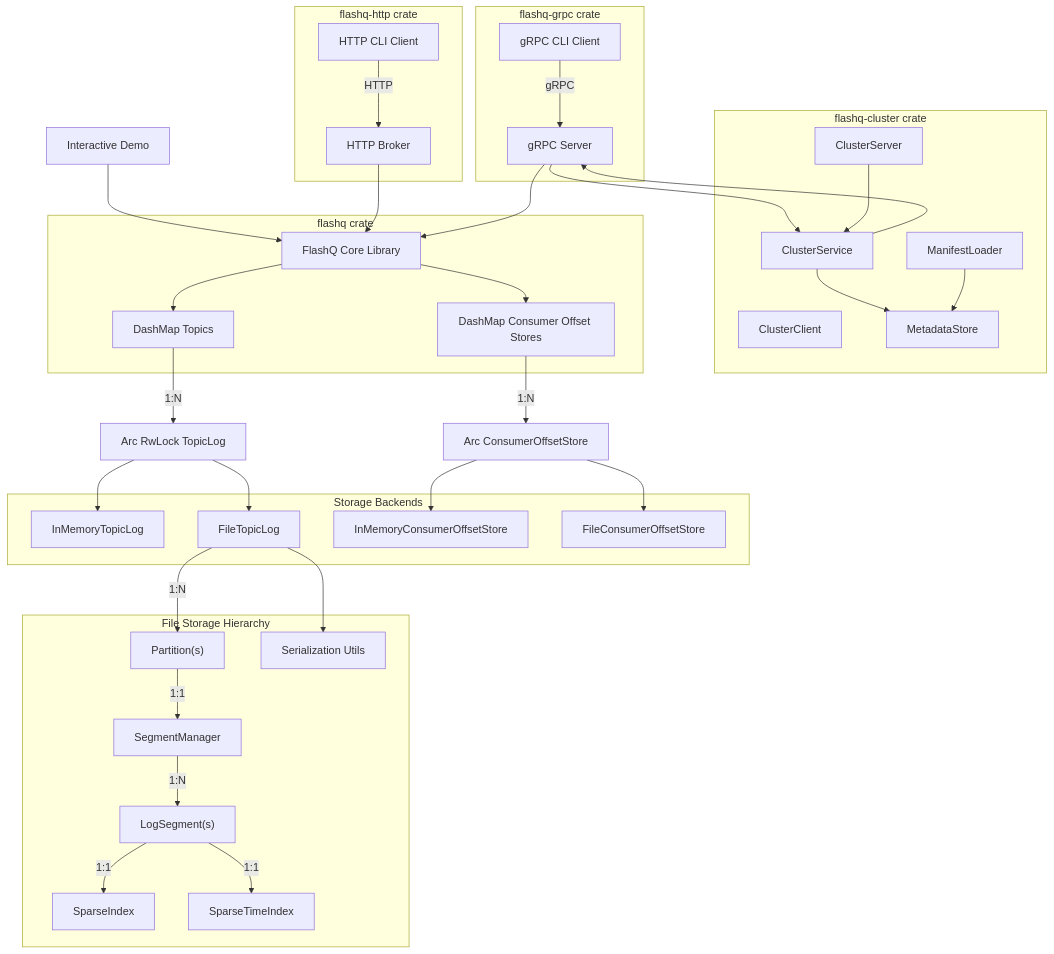
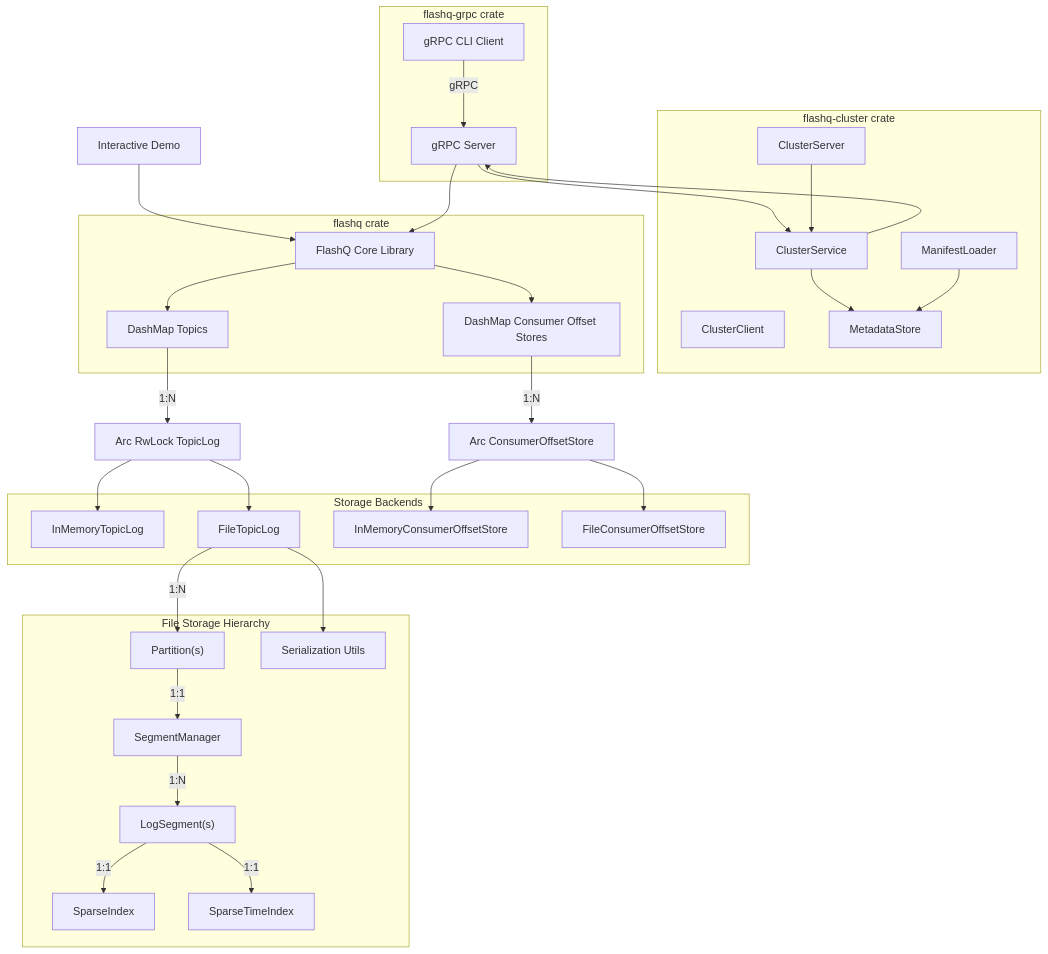
Before and after one commit to harshitmahapatra/flashq: the first of 2 diagrams in docs/architecture.md, drawn with Mermaid. The commit also changed other lines of this file and 39 other files, not shown here.

First line of the commit message:
Remove flashq-http crate and update documentation (#79)

````diff
--- a/docs/architecture.md
+++ b/docs/architecture.md
@@ -7,65 +7,58 @@
 ```mermaid
 graph TD
-    A[HTTP CLI Client] -->|HTTP| B[HTTP Broker]
     A2[gRPC CLI Client] -->|gRPC| B2[gRPC Server]
     C[Interactive Demo] --> D[FlashQ Core Library]
-    B --> D
     B2 --> D
     B2 --> CS[ClusterService]
-
-    subgraph "flashq-http crate"
-        B
-        A
-    end
 
     subgraph "flashq-grpc crate"
         B2
         A2
     end
 
     subgraph "flashq-cluster crate"
         CS
         CC[ClusterClient]
         CSrv[ClusterServer]
         MS[MetadataStore]
         ML[ManifestLoader]
     end
 
     subgraph "flashq crate"
         D
         E[DashMap Topics]
         F[DashMap Consumer Offset Stores]
     end
 
     D --> E
     D --> F
 
     E -->|"1:N"| G[Arc RwLock TopicLog]
     F -->|"1:N"| H[Arc ConsumerOffsetStore]
 
     CS --> MS
     CS --> B2
     CSrv --> CS
     ML --> MS
 
     subgraph "Storage Backends"
         I[InMemoryTopicLog]
         J[FileTopicLog]
         K[InMemoryConsumerOffsetStore]
         L[FileConsumerOffsetStore]
     end
 
     subgraph "File Storage Hierarchy"
         J -->|"1:N"| JP["Partition(s)"]
         JP -->|"1:1"| M["SegmentManager"]
         M -->|"1:N"| N["LogSegment(s)"]
         N -->|"1:1"| O["SparseIndex"]
         N -->|"1:1"| Q["SparseTimeIndex"]
         J --> P["Serialization Utils"]
     end
 
     G --> I
     G --> J
     H --> K
     H --> L
 ```
````
